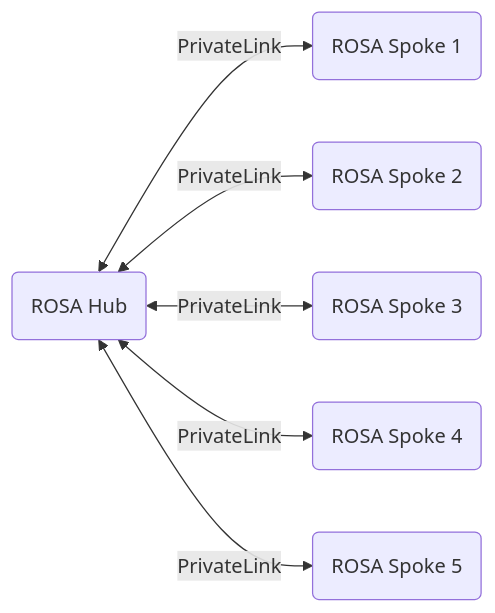
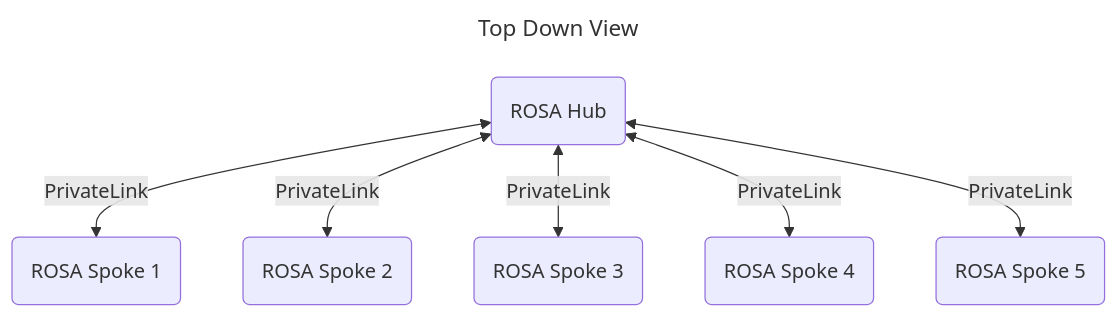
The diagram in README.md (rosa-as-a-service/hub-rosa-gitops), drawn with Mermaid before and after one commit.

Commit message:
Update graph

````diff
--- a/README.md
+++ b/README.md
@@ -26,15 +26,18 @@
 ```mermaid
-graph LR;
+---
+title: Top Down View
+---
+graph TD;
     hub(ROSA Hub)
     spoke1(ROSA Spoke 1)
     spoke2(ROSA Spoke 2)
     spoke3(ROSA Spoke 3)
     spoke4(ROSA Spoke 4)
     spoke5(ROSA Spoke 5)
 
     hub<-- PrivateLink -->spoke1
     hub<-- PrivateLink -->spoke2
     hub<-- PrivateLink -->spoke3
     hub<-- PrivateLink -->spoke4
     hub<-- PrivateLink -->spoke5
 ```
````
